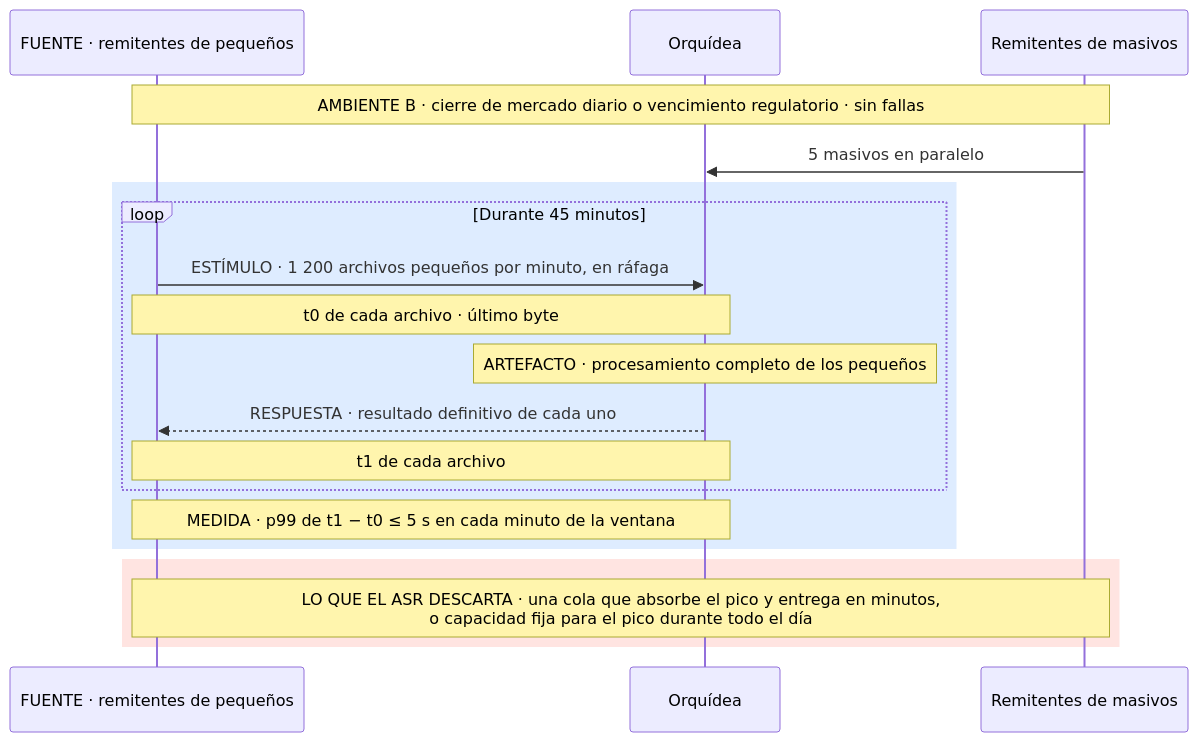
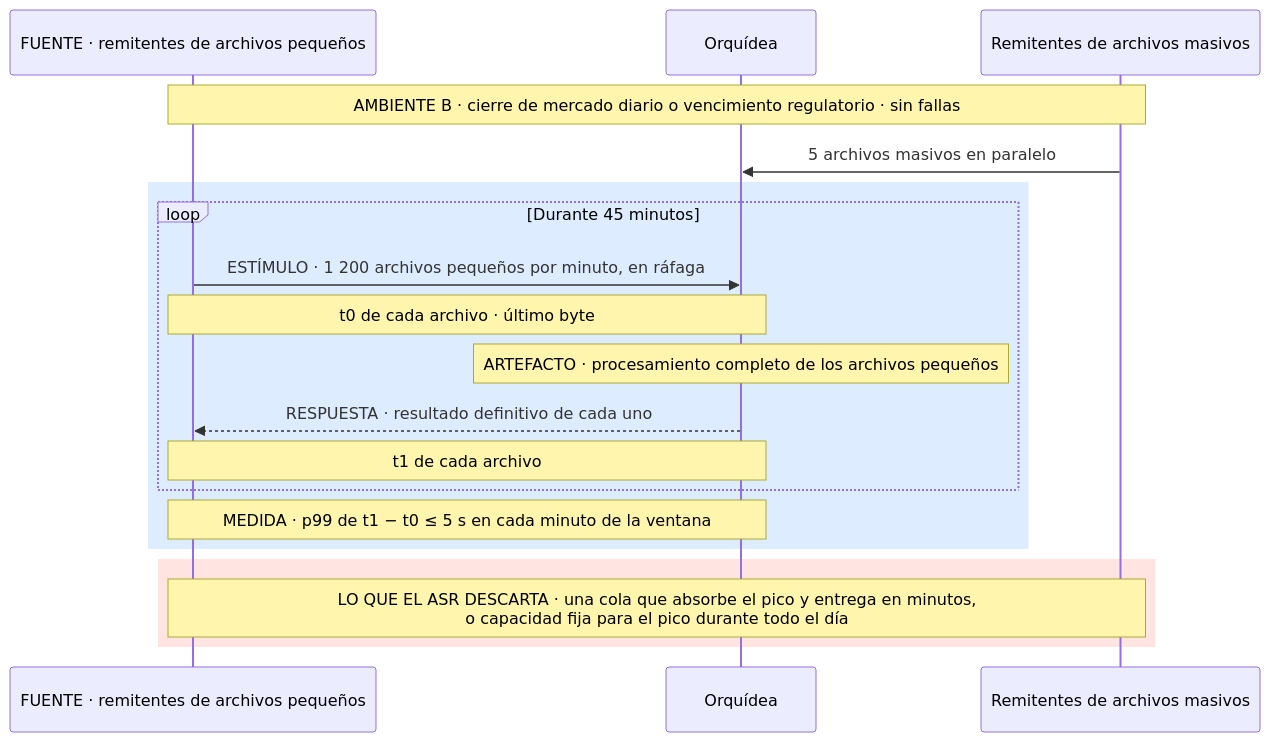
One commit to MATI-MBIT/arqsoft-reto-4 changed the sixth of 17 diagrams in docs/quality-attributes.md. Above: the diagram before and after it, drawn with Mermaid. The commit also changed other lines of this file, not shown here.

Commit message:
Ajusta la terminología de los ASR al vocabulario de arquitectura

````diff
--- a/docs/quality-attributes.md
+++ b/docs/quality-attributes.md
@@ -336,21 +336,21 @@
 ```mermaid
 sequenceDiagram
-    participant R as FUENTE · remitentes de pequeños
+    participant R as FUENTE · remitentes de archivos pequeños
     participant O as Orquídea
-    participant M as Remitentes de masivos
+    participant M as Remitentes de archivos masivos
     Note over R,M: AMBIENTE B · cierre de mercado diario o vencimiento regulatorio · sin fallas
-    M->>O: 5 masivos en paralelo
+    M->>O: 5 archivos masivos en paralelo
     rect rgb(222, 236, 255)
     loop Durante 45 minutos
         R->>O: ESTÍMULO · 1 200 archivos pequeños por minuto, en ráfaga
         Note over R,O: t0 de cada archivo · último byte
-        Note over O: ARTEFACTO · procesamiento completo de los pequeños
+        Note over O: ARTEFACTO · procesamiento completo de los archivos pequeños
         O-->>R: RESPUESTA · resultado definitivo de cada uno
         Note over R,O: t1 de cada archivo
     end
     Note over R,O: MEDIDA · p99 de t1 − t0 ≤ 5 s en cada minuto de la ventana
     end
     rect rgb(255, 228, 225)
     Note over R,M: LO QUE EL ASR DESCARTA · una cola que absorbe el pico y entrega en minutos,<br/>o capacidad fija para el pico durante todo el día
     end
 ```
````
